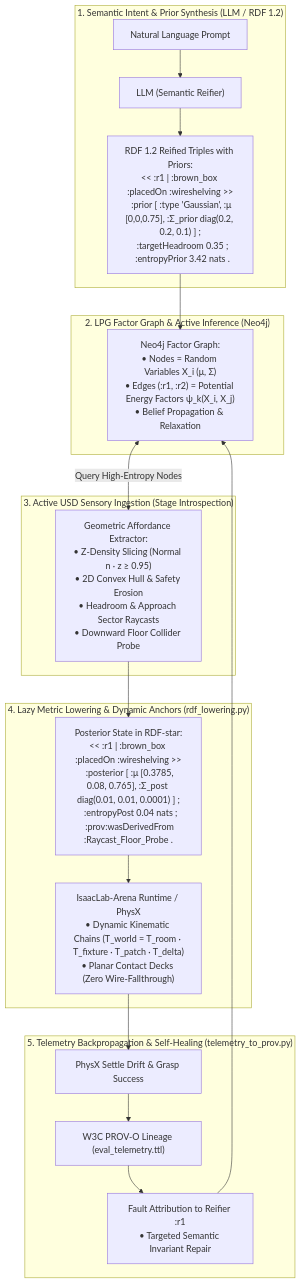
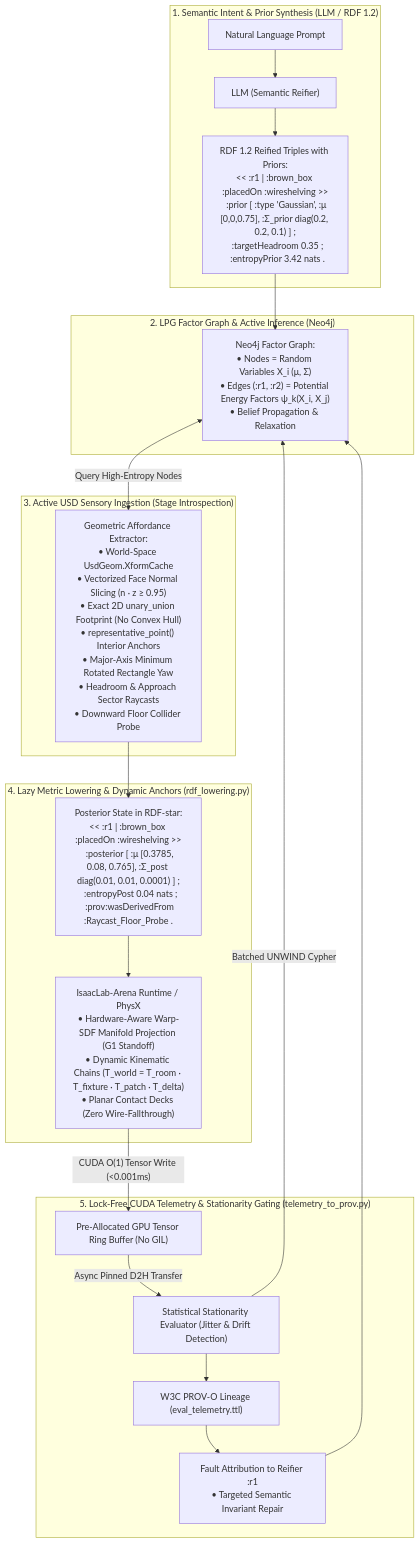
Before and after one commit to boredengineering/IsaacLab-Arena: the first of 2 diagrams in .agents/references/agentic_env_generation/causality_notes.md, drawn with Mermaid. The commit also changed other lines of this file, not shown here.

````diff
--- a/.agents/references/agentic_env_generation/causality_notes.md
+++ b/.agents/references/agentic_env_generation/causality_notes.md
@@ -27,27 +31,29 @@
 ```mermaid
 flowchart TD
     subgraph STAGE_1 ["1. Semantic Intent & Prior Synthesis (LLM / RDF 1.2)"]
         PROMPT["Natural Language Prompt"] --> LLM["LLM (Semantic Reifier)"]
         LLM --> RDF12["RDF 1.2 Reified Triples with Priors:<br/>&lt;&lt; :r1 | :brown_box :placedOn :wireshelving &gt;&gt;<br/>  :prior [ :type 'Gaussian', :μ [0,0,0.75], :Σ_prior diag(0.2, 0.2, 0.1) ] ;<br/>  :targetHeadroom 0.35 ;<br/>  :entropyPrior 3.42 nats ."]
     end
 
     subgraph STAGE_2 ["2. LPG Factor Graph & Active Inference (Neo4j)"]
         RDF12 --> LPG["Neo4j Factor Graph:<br/>• Nodes = Random Variables X_i (μ, Σ)<br/>• Edges (:r1, :r2) = Potential Energy Factors ψ_k(X_i, X_j)<br/>• Belief Propagation &amp; Relaxation"]
     end
 
     subgraph STAGE_3 ["3. Active USD Sensory Ingestion (Stage Introspection)"]
-        LPG <-->|"Query High-Entropy Nodes"| AFFORDANCE["Geometric Affordance Extractor:<br/>• Z-Density Slicing (Normal n · z ≥ 0.95)<br/>• 2D Convex Hull &amp; Safety Erosion<br/>• Headroom &amp; Approach Sector Raycasts<br/>• Downward Floor Collider Probe"]
+        LPG <-->|"Query High-Entropy Nodes"| AFFORDANCE["Geometric Affordance Extractor:<br/>• World-Space UsdGeom.XformCache<br/>• Vectorized Face Normal Slicing (n · z ≥ 0.95)<br/>• Exact 2D unary_union Footprint (No Convex Hull)<br/>• representative_point() Interior Anchors<br/>• Major-Axis Minimum Rotated Rectangle Yaw<br/>• Headroom &amp; Approach Sector Raycasts<br/>• Downward Floor Collider Probe"]
     end
 
     subgraph STAGE_4 ["4. Lazy Metric Lowering & Dynamic Anchors (rdf_lowering.py)"]
         AFFORDANCE --> POSTERIOR["Posterior State in RDF-star:<br/>&lt;&lt; :r1 | :brown_box :placedOn :wireshelving &gt;&gt;<br/>  :posterior [ :μ [0.3785, 0.08, 0.765], :Σ_post diag(0.01, 0.01, 0.0001) ] ;<br/>  :entropyPost 0.04 nats ;<br/>  :prov:wasDerivedFrom :Raycast_Floor_Probe ."]
-        POSTERIOR --> RUNTIME["IsaacLab-Arena Runtime / PhysX<br/>• Dynamic Kinematic Chains (T_world = T_room · T_fixture · T_patch · T_delta)<br/>• Planar Contact Decks (Zero Wire-Fallthrough)"]
+        POSTERIOR --> RUNTIME["IsaacLab-Arena Runtime / PhysX<br/>• Hardware-Aware Warp-SDF Manifold Projection (G1 Standoff)<br/>• Dynamic Kinematic Chains (T_world = T_room · T_fixture · T_patch · T_delta)<br/>• Planar Contact Decks (Zero Wire-Fallthrough)"]
     end
 
-    subgraph STAGE_5 ["5. Telemetry Backpropagation & Self-Healing (telemetry_to_prov.py)"]
-        RUNTIME --> TELEM["PhysX Settle Drift &amp; Grasp Success"]
-        TELEM --> PROVO["W3C PROV-O Lineage (eval_telemetry.ttl)"]
+    subgraph STAGE_5 ["5. Lock-Free CUDA Telemetry & Stationarity Gating (telemetry_to_prov.py)"]
+        RUNTIME -->|"CUDA O(1) Tensor Write (<0.001ms)"| RING["Pre-Allocated GPU Tensor Ring Buffer (No GIL)"]
+        RING -->|"Async Pinned D2H Transfer"| STAT["Statistical Stationarity Evaluator (Jitter &amp; Drift Detection)"]
+        STAT --> PROVO["W3C PROV-O Lineage (eval_telemetry.ttl)"]
+        STAT -->|"Batched UNWIND Cypher"| LPG
         PROVO --> HEAL["Fault Attribution to Reifier :r1<br/>• Targeted Semantic Invariant Repair"]
         HEAL --> LPG
     end
 ```
````
